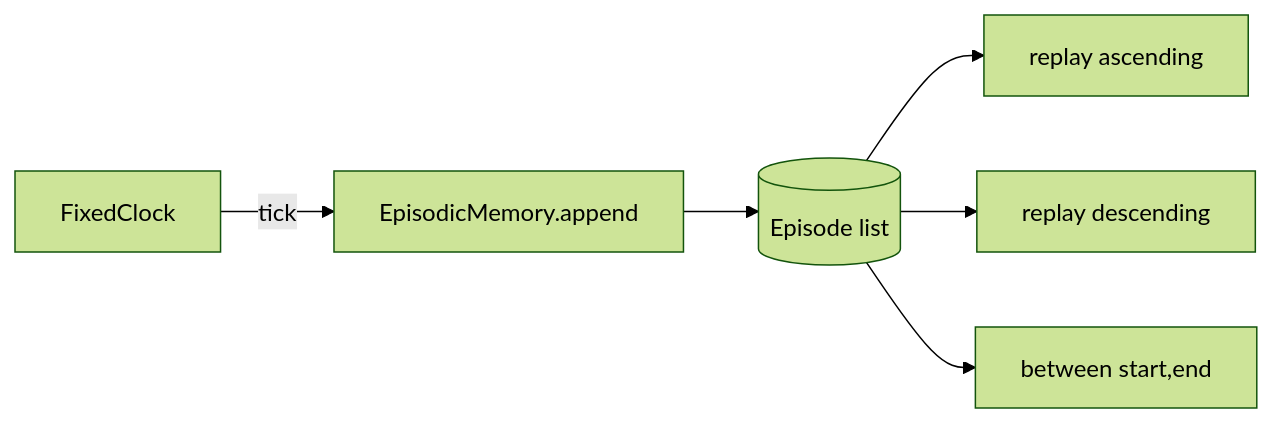
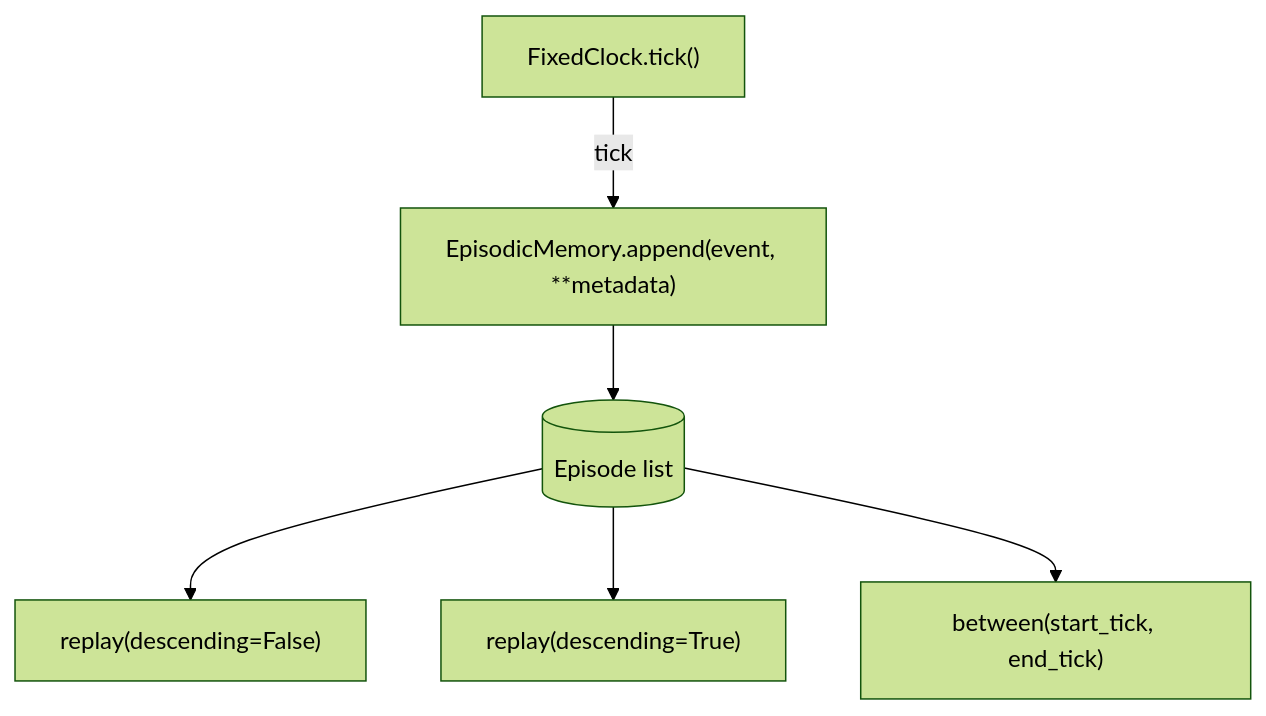
The first of 2 diagrams in src/30_episodic_memory/README.md (xergioalex/agent-lab), drawn with Mermaid (forest theme) before and after one commit. The commit also changed other lines of this file and 64 other files, not shown here.

First line of the commit message:
docs(docs): premium Mermaid diagram pass on all 64 module READMEs

````diff
--- a/src/30_episodic_memory/README.md
+++ b/src/30_episodic_memory/README.md
@@ -42,8 +42,8 @@
 ```mermaid
-graph LR
-    C[FixedClock] -->|tick| A[EpisodicMemory.append]
-    A --> E[(Episode list)]
-    E --> R1[replay ascending]
-    E --> R2[replay descending]
-    E --> R3[between start,end]
+flowchart TD
+    FixedClock["FixedClock.tick()"] -->|"tick"| append["EpisodicMemory.append(event, **metadata)"]
+    append --> episodes[("Episode list")]
+    episodes --> replay_asc["replay(descending=False)"]
+    episodes --> replay_desc["replay(descending=True)"]
+    episodes --> between["between(start_tick, end_tick)"]
 ```
````
